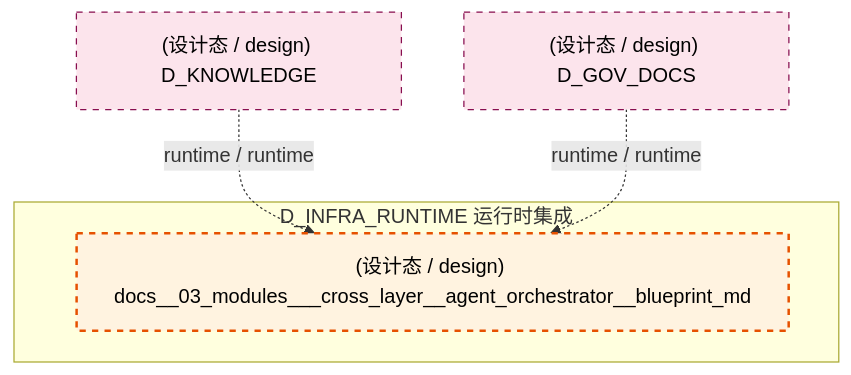
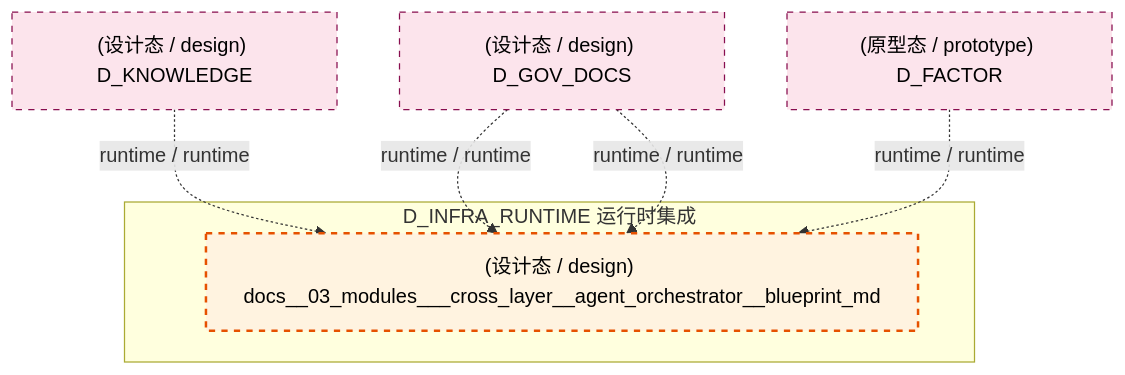
Before and after one commit to xuanFelixVan/ZephyrAlpha: the eighth of 10 diagrams in docs/02_enterprise_architecture/02_domain_architecture_docs/04_d_infra_runtime.md, drawn with Mermaid. The commit also changed other lines of this file and 102 other files, not shown here.

````diff
--- a/docs/02_enterprise_architecture/02_domain_architecture_docs/04_d_infra_runtime.md
+++ b/docs/02_enterprise_architecture/02_domain_architecture_docs/04_d_infra_runtime.md
@@ -1033,16 +1036,19 @@
 ```mermaid
 graph TD
     subgraph D_INFRA_RUNTIME["D_INFRA_RUNTIME 运行时集成"]
         docs_03_modules_cross_layer_agent_orchestrator_blueprint_md["(设计态 / design) docs__03_modules___cross_layer__agent_orchestrator__blueprint_md"]
     end
     D_KNOWLEDGE["(设计态 / design) D_KNOWLEDGE"]
     D_KNOWLEDGE -.->|runtime / runtime| docs_03_modules_cross_layer_agent_orchestrator_blueprint_md
     D_GOV_DOCS["(设计态 / design) D_GOV_DOCS"]
     D_GOV_DOCS -.->|runtime / runtime| docs_03_modules_cross_layer_agent_orchestrator_blueprint_md
+    D_GOV_DOCS -.->|runtime / runtime| docs_03_modules_cross_layer_agent_orchestrator_blueprint_md
+    D_FACTOR["(原型态 / prototype) D_FACTOR"]
+    D_FACTOR -.->|runtime / runtime| docs_03_modules_cross_layer_agent_orchestrator_blueprint_md
     classDef production fill:#e1f5fe,stroke:#01579b,stroke-width:2px,color:#000
     classDef design fill:#fff3e0,stroke:#e65100,stroke-width:2px,color:#000,stroke-dasharray: 5 5
     classDef external_prod fill:#e8f5e9,stroke:#1b5e20,stroke-width:1px,color:#000
     classDef external_design fill:#fce4ec,stroke:#880e4f,stroke-width:1px,color:#000,stroke-dasharray: 5 5
     class docs_03_modules_cross_layer_agent_orchestrator_blueprint_md design
-    class D_KNOWLEDGE,D_GOV_DOCS external_design
+    class D_KNOWLEDGE,D_GOV_DOCS,D_FACTOR external_design
 ```
````
